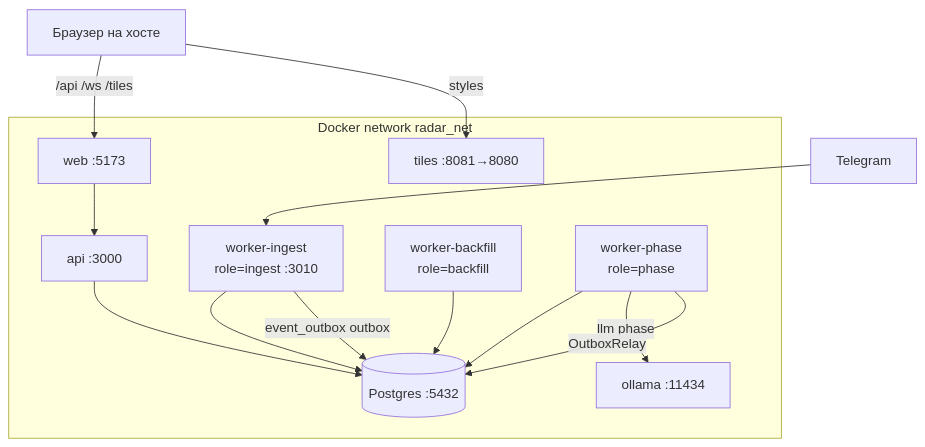
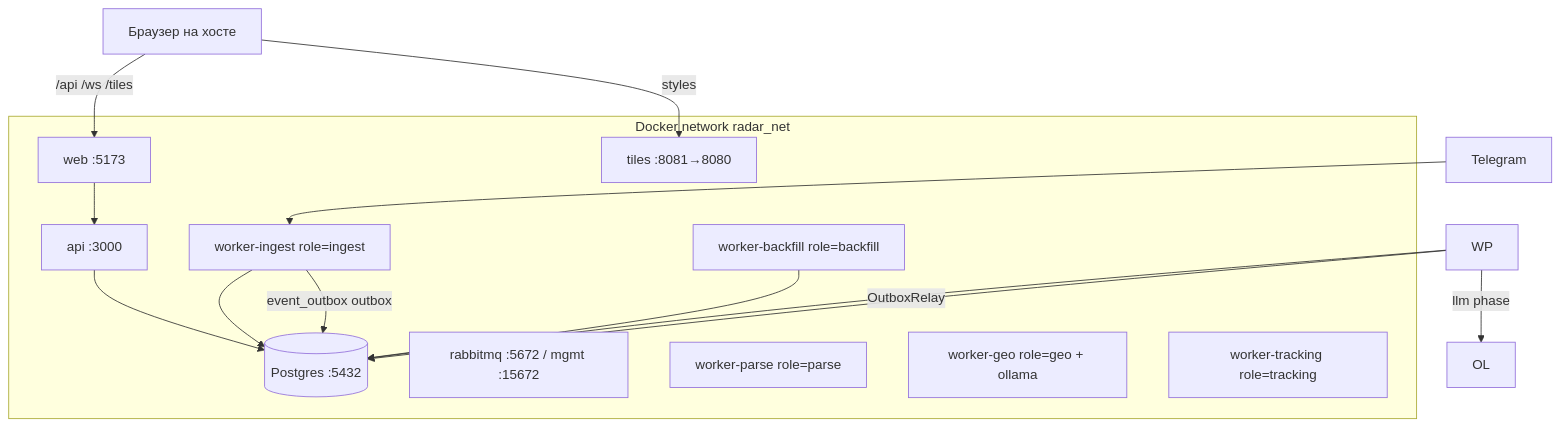
Before and after one commit to exclusiveLogin/radar: the diagram in docs/docker-dev-stack.md, drawn with Mermaid. The commit also changed other lines of this file and 47 other files, not shown here.

````diff
--- a/docs/docker-dev-stack.md
+++ b/docs/docker-dev-stack.md
@@ -34,27 +46,29 @@
 ```mermaid
 flowchart TB
   subgraph docker [Docker network radar_net]
     DB[(Postgres :5432)]
+    RMQ[rabbitmq :5672 / mgmt :15672]
     API[api :3000]
     WEB[web :5173]
-    WI[worker-ingest\nrole=ingest :3010]
-    WB[worker-backfill\nrole=backfill]
-    WP[worker-phase\nrole=phase]
+    WI[worker-ingest role=ingest]
+    WB[worker-backfill role=backfill]
+    WParse[worker-parse role=parse]
+    WGeo[worker-geo role=geo + ollama]
+    WTrack[worker-tracking role=tracking]
     TS[tiles :8081→8080]
-    OL[ollama :11434]
   end
   Browser[Браузер на хосте]
   TG[Telegram]
 
   Browser -->|/api /ws /tiles| WEB
   WEB --> API
   WI --> DB
   WB --> DB
   WP --> DB
   WP -->|llm phase| OL
   API --> DB
   TG --> WI
   WI -->|event_outbox outbox| DB
   WP -->|OutboxRelay| DB
   Browser -->|styles| TS
 ```
````
